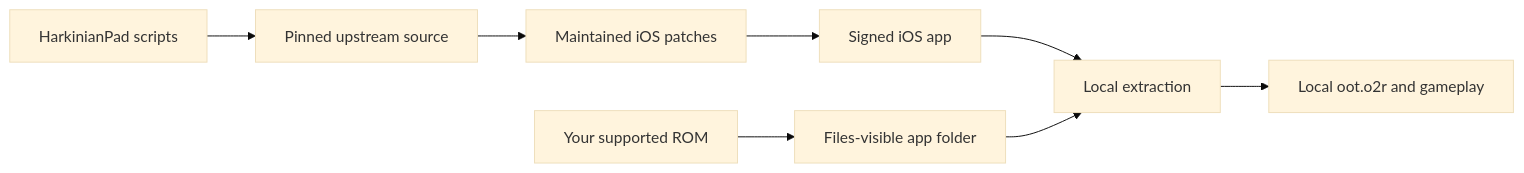
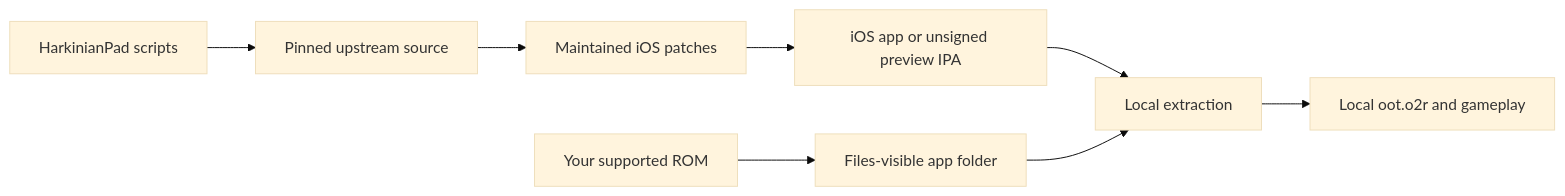
One commit to chrissotraidis/harkinianpad changed the diagram in README.md. Above: the diagram before and after it, drawn with Mermaid (base theme). The commit also changed other lines of this file and 1 other file, not shown here.

Commit message:
Publish developer preview download instructions

````diff
--- a/README.md
+++ b/README.md
@@ -189,10 +189,10 @@
 ```mermaid
 flowchart LR
     A["HarkinianPad scripts"] --> B["Pinned upstream source"]
     B --> C["Maintained iOS patches"]
-    C --> D["Signed iOS app"]
+    C --> D["iOS app or unsigned preview IPA"]
     E["Your supported ROM"] --> F["Files-visible app folder"]
     D --> G["Local extraction"]
     F --> G
     G --> H["Local oot.o2r and gameplay"]
 ```
````
